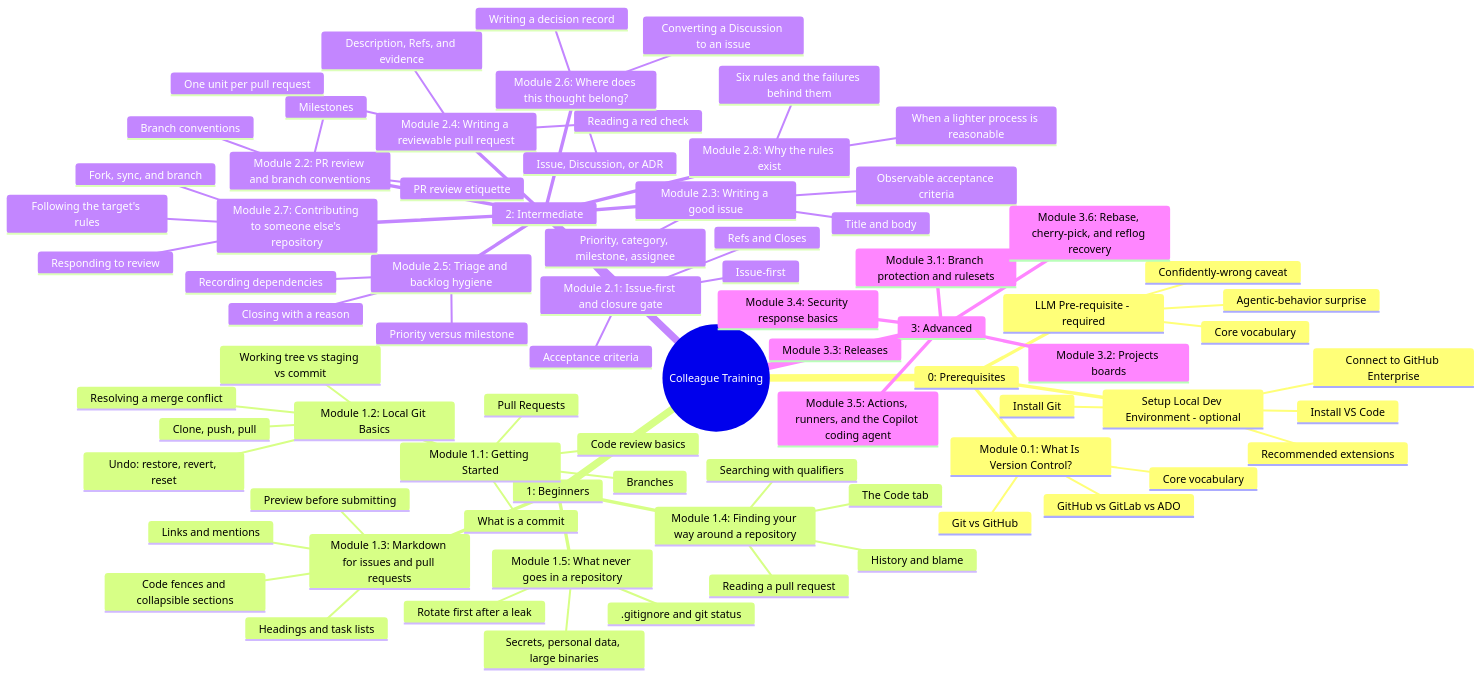
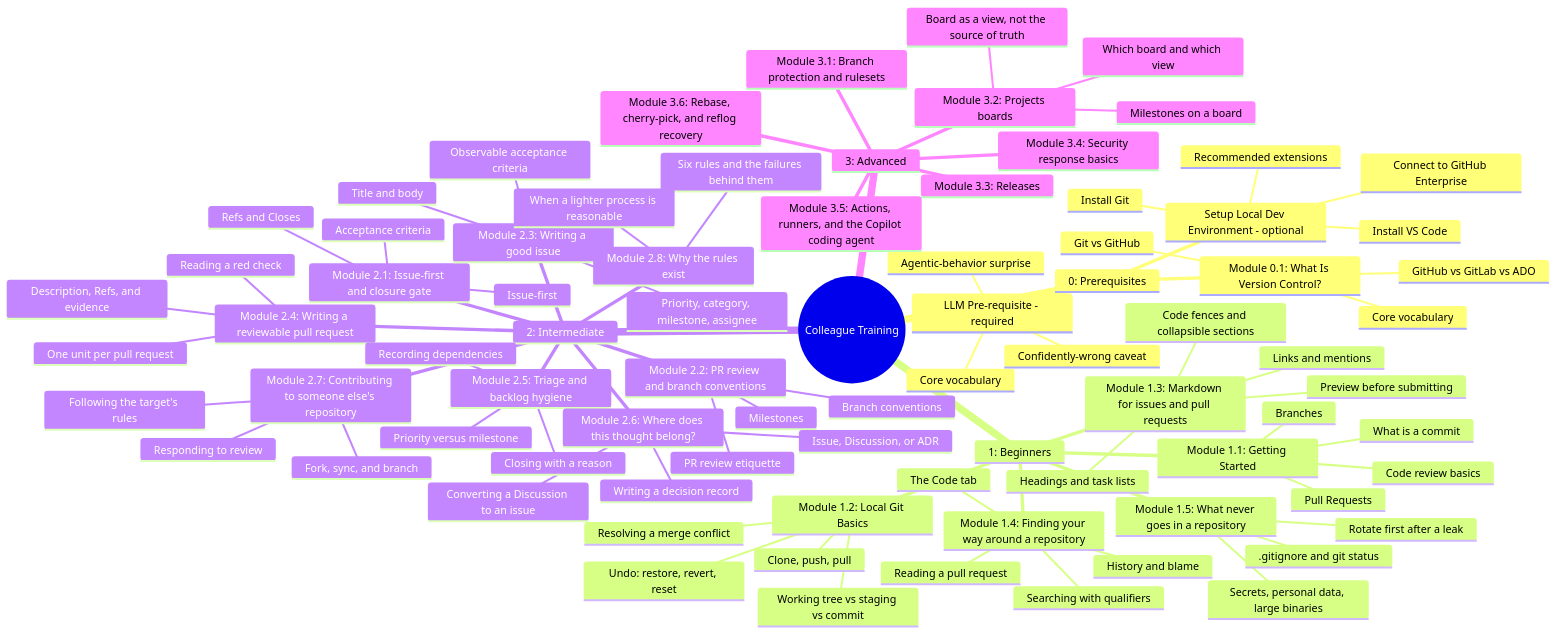
The second of 2 diagrams in education/README.md (JeanKadang/DOC-GitHub-Practice-Skills), drawn with Mermaid before and after one commit. The commit also changed other lines of this file and 2 other files, not shown here.

Commit message:
docs: extend Module 3.2 with milestones on a board and which board to use
Cover what a board mirrors from an issue, showing, filtering, and grouping by
milestone with the issue as source of truth, a decision table for no board,
repository board, or organization board, and the Table, Board, and Roadmap
views. Extend the exercise and update the facilitator setup.

Refs #176

```diff
--- a/education/README.md
+++ b/education/README.md
@@ -196,6 +196,9 @@
     3: Advanced
       Module 3.1: Branch protection and rulesets
       Module 3.2: Projects boards
+        Board as a view, not the source of truth
+        Milestones on a board
+        Which board and which view
       Module 3.3: Releases
       Module 3.4: Security response basics
       Module 3.5: Actions, runners, and the Copilot coding agent
```
